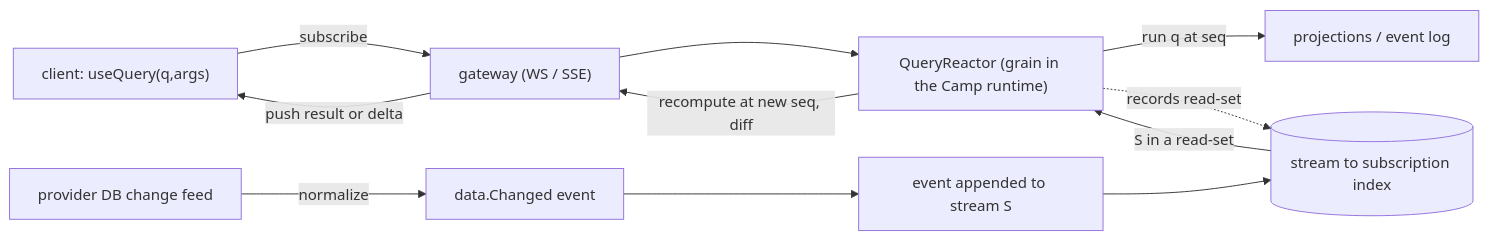
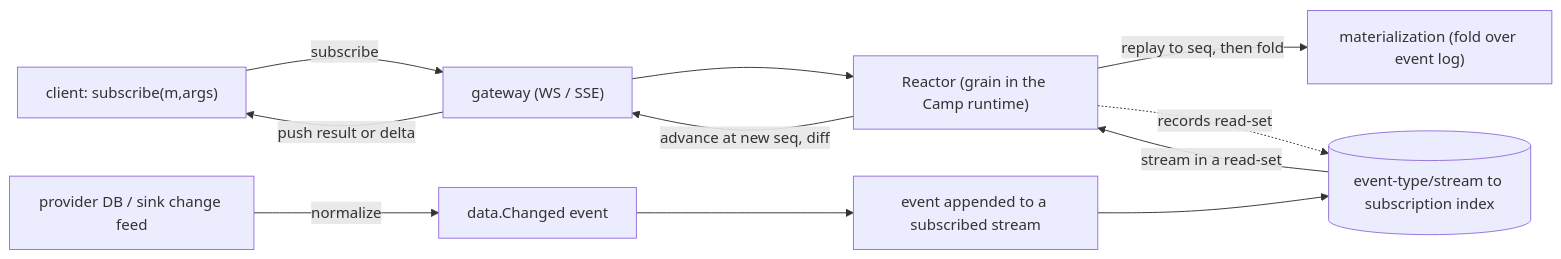
The diagram in docs/design/32-reactive-live-queries.md (Tyler-R-Kendrick/HoBo), drawn with Mermaid before and after one commit. The commit also changed other lines of this file and 9 other files, not shown here.

````diff
--- a/docs/design/32-reactive-live-queries.md
+++ b/docs/design/32-reactive-live-queries.md
@@ -31,12 +40,12 @@
 ```mermaid
 flowchart LR
-  C["client: useQuery(q,args)"] -->|subscribe| GW["gateway (WS / SSE)"]
-  GW --> R["QueryReactor (grain in the Camp runtime)"]
-  R -->|run q at seq| PROJ["projections / event log"]
-  R -.records read-set.-> IDX[("stream to subscription index")]
-  EV["event appended to stream S"] --> IDX
-  IDX -->|S in a read-set| R
-  R -->|recompute at new seq, diff| GW
+  C["client: subscribe(m,args)"] -->|subscribe| GW["gateway (WS / SSE)"]
+  GW --> R["Reactor (grain in the Camp runtime)"]
+  R -->|replay to seq, then fold| PROJ["materialization (fold over event log)"]
+  R -.records read-set.-> IDX[("event-type/stream to subscription index")]
+  EV["event appended to a subscribed stream"] --> IDX
+  IDX -->|stream in a read-set| R
+  R -->|advance at new seq, diff| GW
   GW -->|push result or delta| C
-  DB["provider DB change feed"] -->|normalize| DC["data.Changed event"] --> EV
+  DB["provider DB / sink change feed"] -->|normalize| DC["data.Changed event"] --> EV
 ```
````
